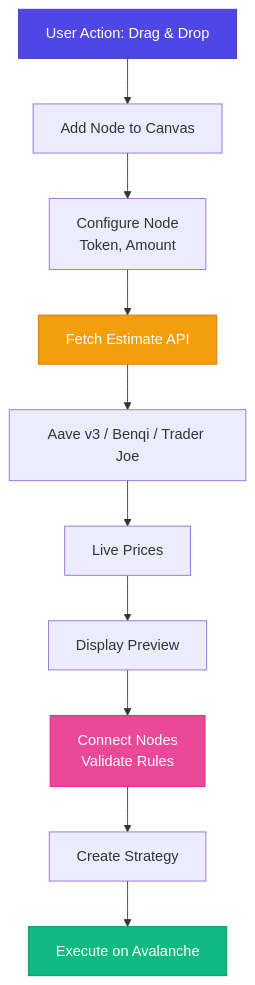
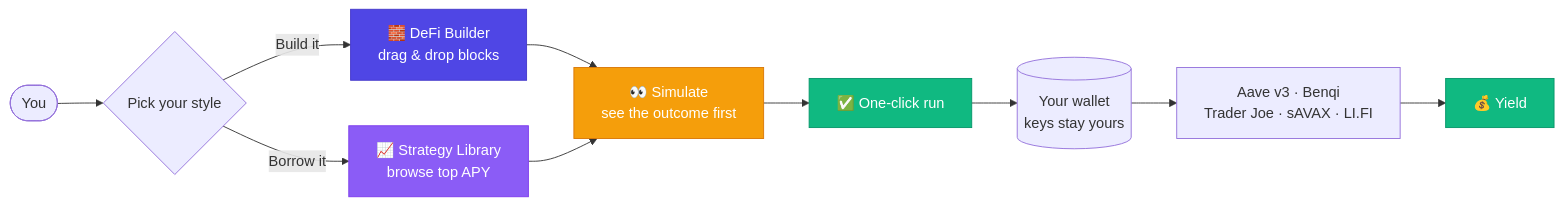
Before and after one commit to Tizun71/OceanFin: the diagram in README.md, drawn with Mermaid. The commit also changed other lines of this file, not shown here.

````diff
--- a/README.md
+++ b/README.md
@@ -144,17 +23,22 @@
 ```mermaid
-graph TD
-    A[User Action: Drag & Drop] --> B[Add Node to Canvas]
-    B --> C[Configure Node<br/>Token, Amount]
-    C --> D[Fetch Estimate API]
-    D --> E[Aave v3 / Benqi / Trader Joe]
-    E --> F[Live Prices]
-    F --> G[Display Preview]
-    G --> H[Connect Nodes<br/>Validate Rules]
-    H --> I[Create Strategy]
-    I --> J[Execute on Avalanche]
+flowchart LR
+    U([You]) --> A{Pick your style}
 
-    style A fill:#4f46e5,stroke:#4338ca,color:#fff
-    style J fill:#10b981,stroke:#059669,color:#fff
-    style D fill:#f59e0b,stroke:#d97706,color:#fff
-    style H fill:#ec4899,stroke:#db2777,color:#fff
+    A -->|Build it| B[🧱 DeFi Builder<br/>drag &amp; drop blocks]
+    A -->|Borrow it| C[📈 Strategy Library<br/>browse top APY]
+
+    B --> S[👀 Simulate<br/>see the outcome first]
+    C --> S
+
+    S --> E[✅ One-click run]
+    E --> W[(Your wallet<br/>keys stay yours)]
+
+    W --> P[Aave v3 · Benqi<br/>Trader Joe · sAVAX · LI.FI]
+    P --> Y[💰 Yield]
+
+    style B fill:#4f46e5,stroke:#4338ca,color:#fff
+    style C fill:#8b5cf6,stroke:#7c3aed,color:#fff
+    style S fill:#f59e0b,stroke:#d97706,color:#fff
+    style E fill:#10b981,stroke:#059669,color:#fff
+    style Y fill:#10b981,stroke:#059669,color:#fff
 ```
````
